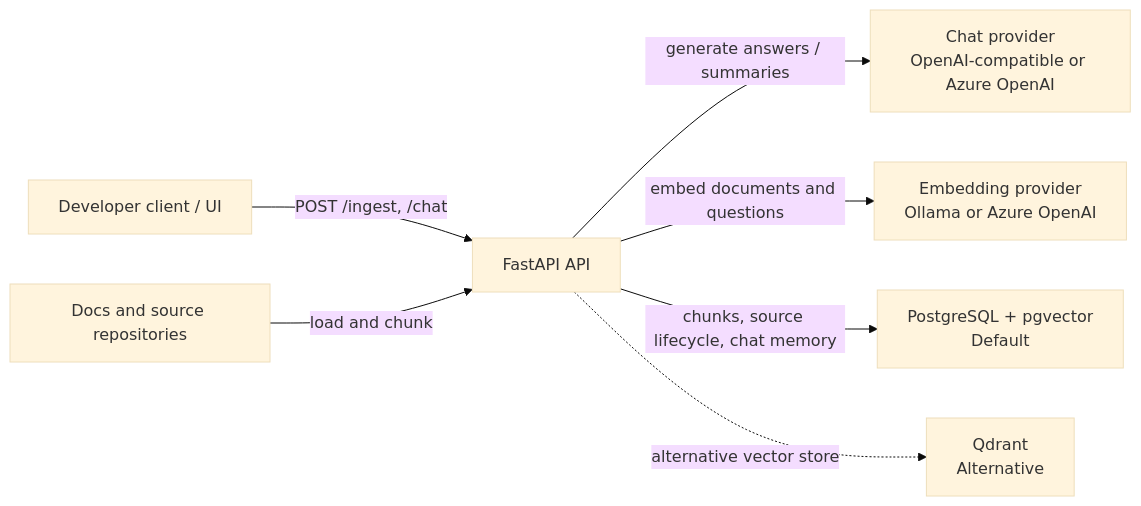
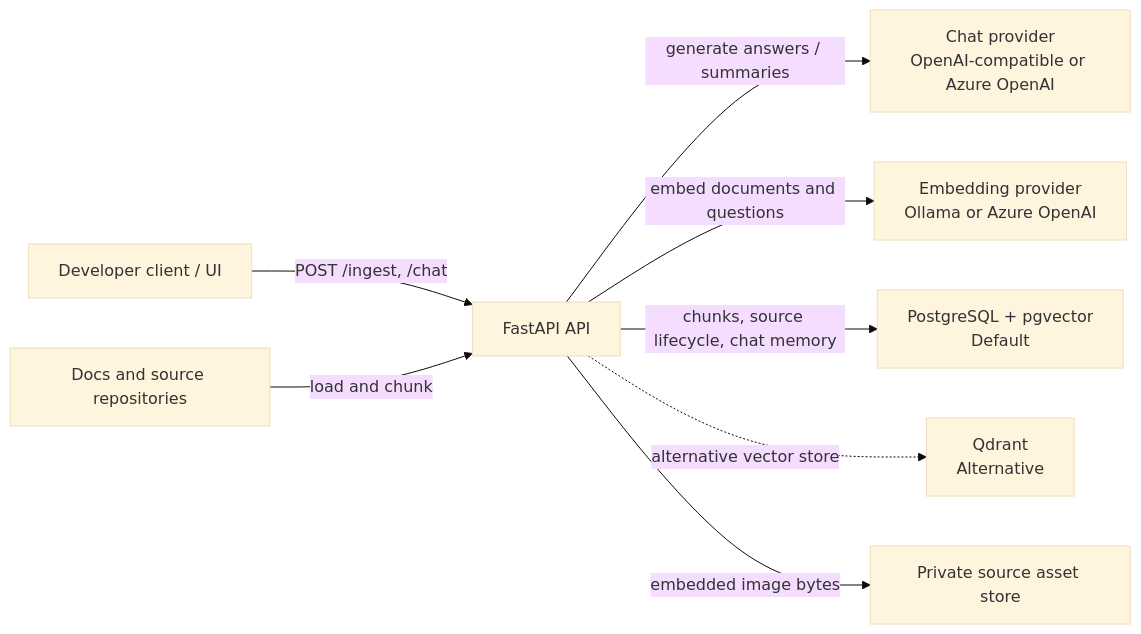
The first of 3 diagrams in docs/architecture.md (EldadDor/RAG-dev-plane), drawn with Mermaid (base theme) before and after one commit. The commit also changed other lines of this file and 44 other files, not shown here.

````diff
--- a/docs/architecture.md
+++ b/docs/architecture.md
@@ -11,17 +11,19 @@
 ```mermaid
 flowchart LR
     Client["Developer client / UI"]
     API["FastAPI API"]
     Chat["Chat provider\nOpenAI-compatible or Azure OpenAI"]
     Embed["Embedding provider\nOllama or Azure OpenAI"]
     PG["PostgreSQL + pgvector\nDefault"]
     Qdrant["Qdrant\nAlternative"]
     Sources["Docs and source repositories"]
+    Assets["Private source asset store"]
 
     Client -->|"POST /ingest, /chat"| API
     Sources -->|"load and chunk"| API
     API -->|"generate answers / summaries"| Chat
     API -->|"embed documents and questions"| Embed
     API -->|"chunks, source lifecycle, chat memory"| PG
     API -. "alternative vector store" .-> Qdrant
+    API -->|"embedded image bytes"| Assets
 ```
````
